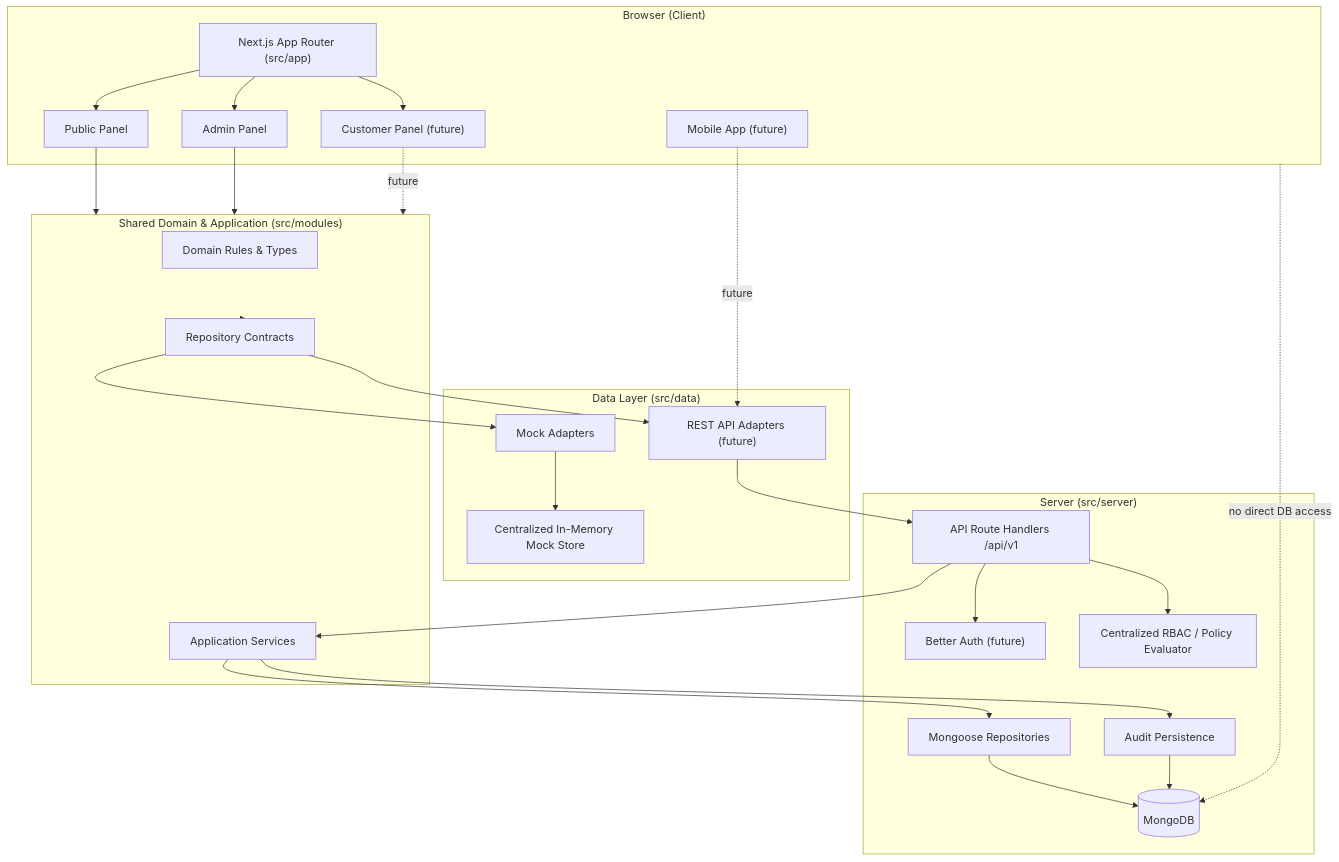
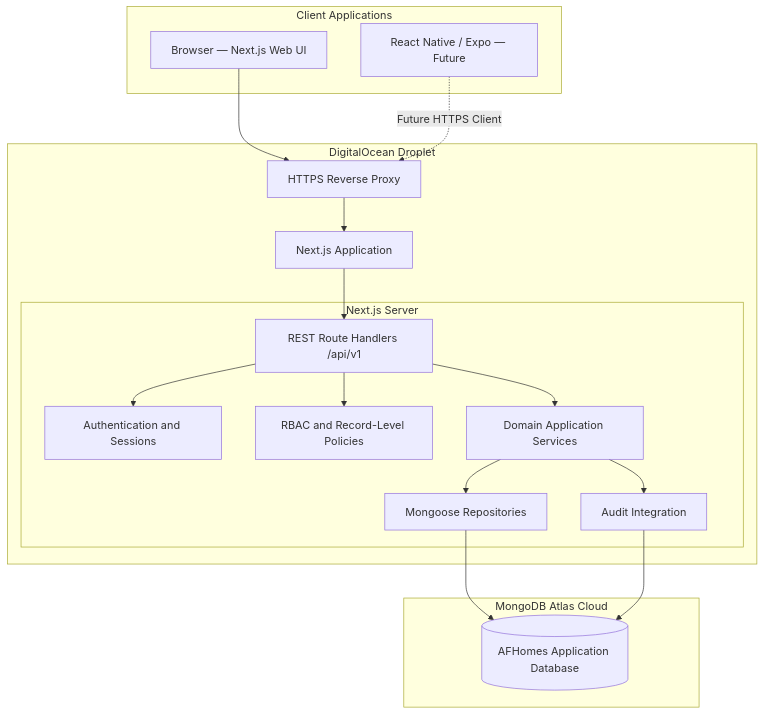
The diagram in docs/development/architecture.md (orlando-afhomes/afhomes-platform), drawn with Mermaid before and after one commit. The commit also changed other lines of this file and 66 other files, not shown here.

````diff
--- a/docs/development/architecture.md
+++ b/docs/development/architecture.md
@@ -101,57 +98,37 @@
 ```mermaid
 flowchart TB
-    subgraph Browser["Browser (Client)"]
-        APP["Next.js App Router (src/app)"]
-        PUB["Public Panel"]
-        ADM["Admin Panel"]
-        CUS["Customer Panel (future)"]
-        MOB["Mobile App (future)"]
+    subgraph Clients["Client Applications"]
+        WEB["Browser — Next.js Web UI"]
+        MOBILE["React Native / Expo — Future"]
     end
 
-    subgraph Shared["Shared Domain & Application (src/modules)"]
-        DOM["Domain Rules & Types"]
-        APPSVC["Application Services"]
-        CONTRACTS["Repository Contracts"]
+    subgraph Droplet["DigitalOcean Droplet"]
+        PROXY["HTTPS Reverse Proxy"]
+        NEXT["Next.js Application"]
+
+        subgraph Application["Next.js Server"]
+            API["REST Route Handlers /api/v1"]
+            AUTH["Authentication and Sessions"]
+            POLICY["RBAC and Record-Level Policies"]
+            SERVICES["Domain Application Services"]
+            REPO["Mongoose Repositories"]
+            AUDIT["Audit Integration"]
+        end
     end
 
-    subgraph Data["Data Layer (src/data)"]
-        MOCKSTORE["Centralized In-Memory Mock Store"]
-        MOCKADAPTER["Mock Adapters"]
-        APIADAPTER["REST API Adapters (future)"]
+    subgraph Atlas["MongoDB Atlas Cloud"]
+        DB[("AFHomes Application Database")]
     end
 
-    subgraph Server["Server (src/server)"]
-        ROUTES["API Route Handlers /api/v1"]
-        AUTH["Better Auth (future)"]
-        POLICY["Centralized RBAC / Policy Evaluator"]
-        REPOS["Mongoose Repositories"]
-        DB[(MongoDB)]
-        AUDIT["Audit Persistence"]
-    end
-
-    APP --> PUB
-    APP --> ADM
-    APP --> CUS
-
-    PUB --> Shared
-    ADM --> Shared
-    CUS -.future.-> Shared
-
-    Shared --> CONTRACTS
-    CONTRACTS --> MOCKADAPTER
-    CONTRACTS --> APIADAPTER
-    MOB -.future.-> APIADAPTER
-
-    MOCKADAPTER --> MOCKSTORE
-
-    APIADAPTER --> ROUTES
-    ROUTES --> AUTH
-    ROUTES --> POLICY
-    ROUTES --> APPSVC
-    APPSVC --> REPOS
-    REPOS --> DB
-    APPSVC --> AUDIT
+    WEB --> PROXY
+    MOBILE -. "Future HTTPS Client" .-> PROXY
+    PROXY --> NEXT
+    NEXT --> API
+    API --> AUTH
+    API --> POLICY
+    API --> SERVICES
+    SERVICES --> REPO
+    SERVICES --> AUDIT
+    REPO --> DB
     AUDIT --> DB
-
-    Browser -. "no direct DB access" .-> DB
 ```
````
